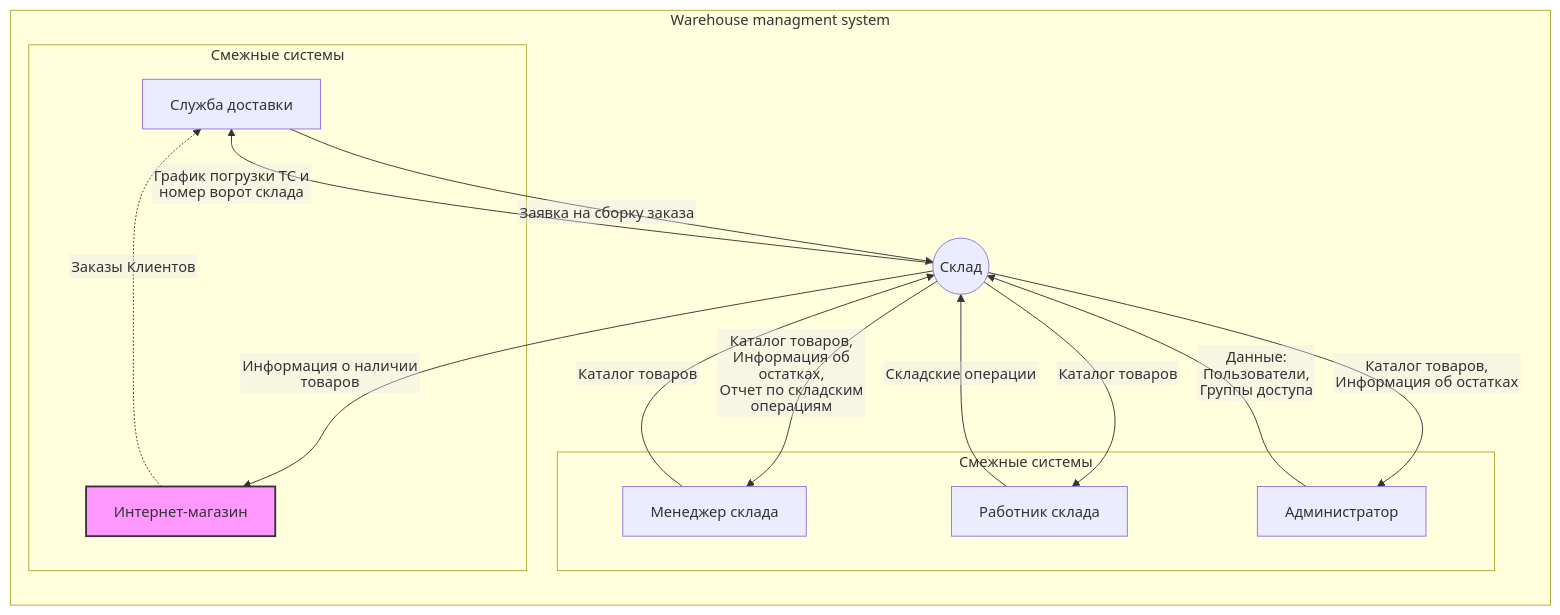
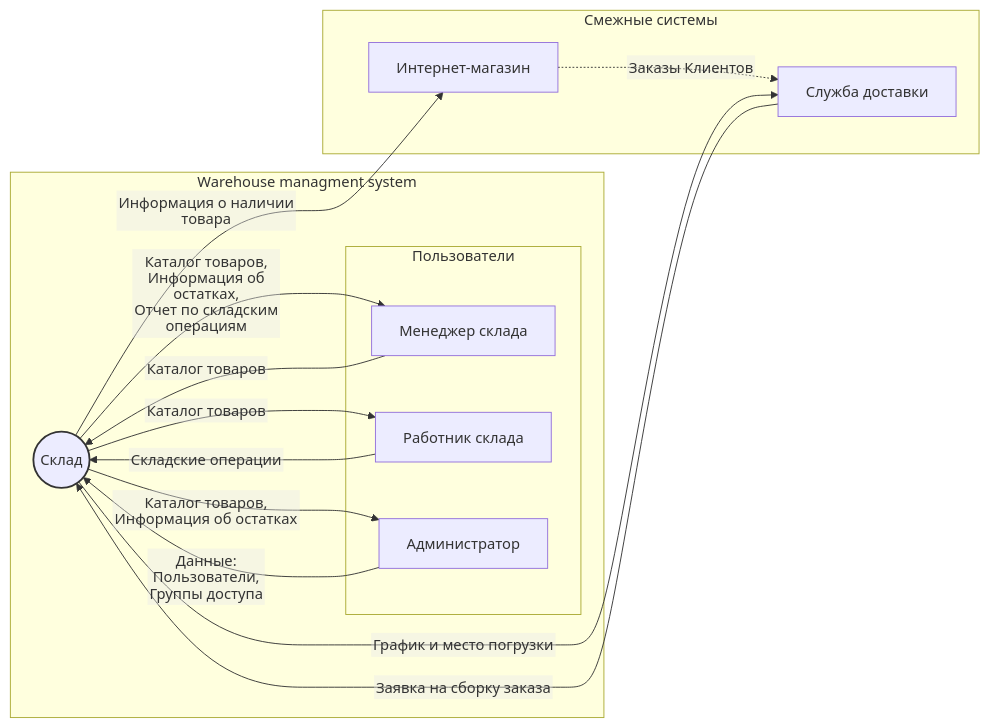
The diagram in api-warehouse/DraftReadme.md (PortnovAlex80/node_js_pro), drawn with Mermaid before and after one commit. The commit also changed other lines of this file, not shown here.

````diff
--- a/api-warehouse/DraftReadme.md
+++ b/api-warehouse/DraftReadme.md
@@ -90,38 +91,37 @@
 ```mermaid
 %%{init: {"flowchart": {"htmlLabels": false}} }%%
 graph LR
 	subgraph WMSystem["Warehouse managment system"]
 		WMS(("Склад"))
-            subgraph Users["Смежные системы"]
+            subgraph Users["Пользователи"]
 				MGR["Менеджер склада"]
+				EMPLOYEE["Работник склада"]
 		        ADMIN["Администратор"]
-		        EMPLOYEE["Работник склада"]
 		    end
-		    
-            subgraph Systems["Смежные системы"]
+		end
+  style WMS stroke:#333,stroke-width:2px
+   
+   subgraph Systems["Смежные системы"]
 		        DELIVERY["Служба доставки"]
 		        INTERNET_SHOP["Интернет-магазин"]
-		    end
-	end
-  
+		          end
+		    
 	MGR--> |Каталог товаров|WMS
 	WMS -->|"Каталог товаров,
 Информация об остатках,  
 Отчет по складским операциям"| MGR
 	
 	EMPLOYEE-->|Складские операции|WMS
     WMS -->|Каталог товаров| EMPLOYEE
 	
 	ADMIN--> |"Данные:
 Пользователи,
 Группы доступа"|WMS
 	WMS --> |"Каталог товаров,
 Информация об остатках"|ADMIN
 		
-	WMS --> |Информация о наличии товаров|INTERNET_SHOP
+	WMS --> |Информация о наличии товара|INTERNET_SHOP
 	INTERNET_SHOP -.-> |Заказы Клиентов|DELIVERY 
-	style INTERNET_SHOP fill:#f9f,stroke:#333,stroke-width:2px
 	DELIVERY--> |Заявка на сборку заказа|WMS 
-	WMS --> |"График погрузки ТС и 
-	номер ворот склада"|DELIVERY
+	WMS --> |"График и место погрузки"|DELIVERY
 ```
````
